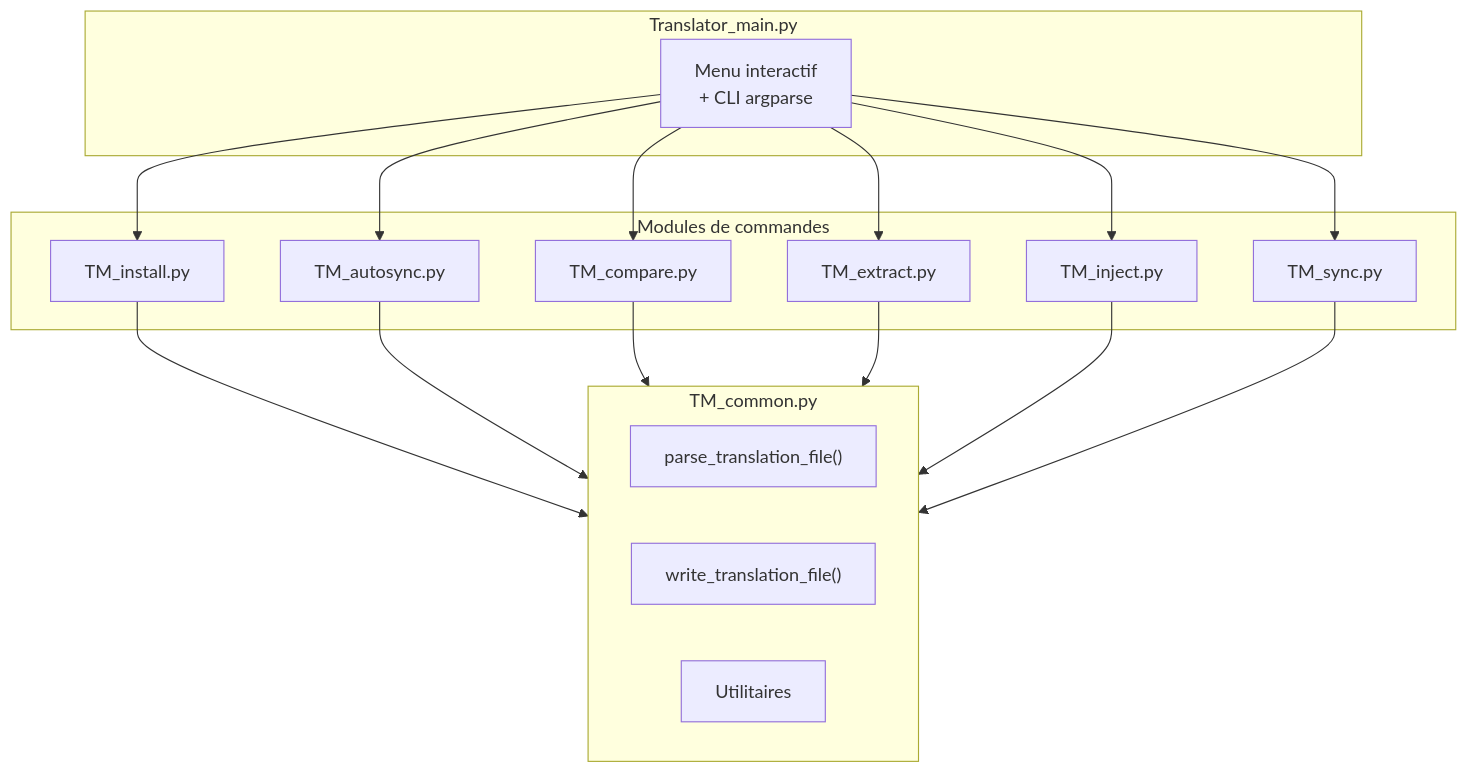
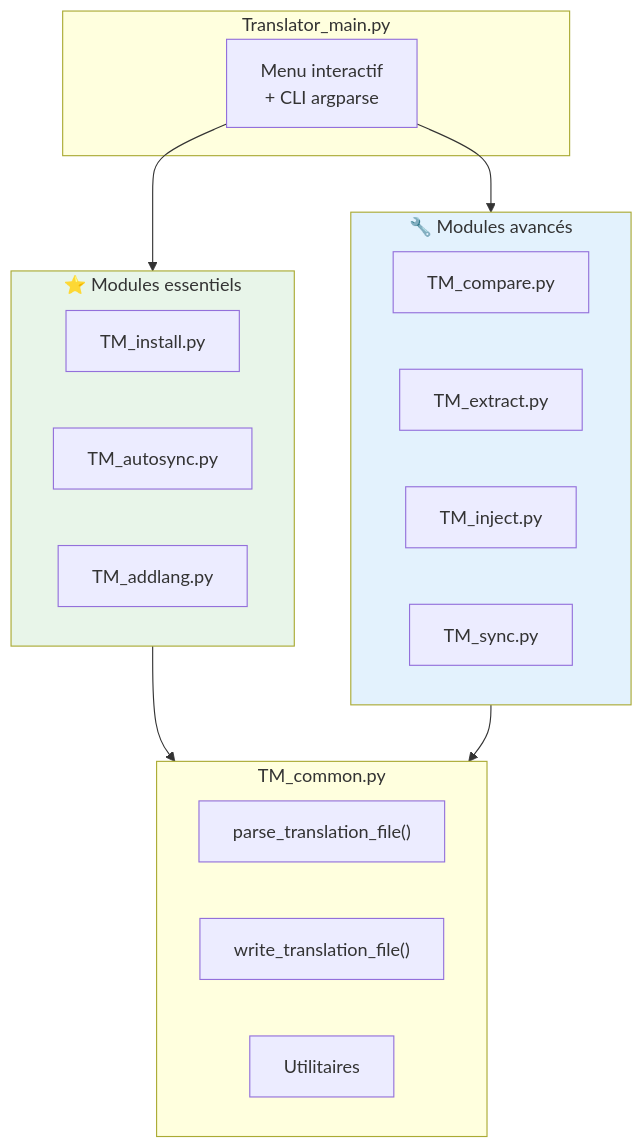
Before and after one commit to Gotcha26/Adobe_Lightroom_Translation_Plugins_Kit: the third of 10 diagrams in 3_Translator/__doc/fr/Lisez-moi.md, drawn with Mermaid.

````diff
--- a/3_Translator/__doc/fr/Lisez-moi.md
+++ b/3_Translator/__doc/fr/Lisez-moi.md
@@ -123,24 +123,32 @@
 ```mermaid
 flowchart TB
     subgraph Main["Translator_main.py"]
         M["Menu interactif<br/>+ CLI argparse"]
     end
 
-    subgraph Modules["Modules de commandes"]
+    subgraph Essential["⭐ Modules essentiels"]
         I["TM_install.py"]
         AS["TM_autosync.py"]
+        AL["TM_addlang.py"]
+    end
+
+    subgraph Advanced["🔧 Modules avancés"]
         CO["TM_compare.py"]
         EX["TM_extract.py"]
         IN["TM_inject.py"]
         SY["TM_sync.py"]
     end
 
     subgraph Common["TM_common.py"]
         P["parse_translation_file()"]
         W["write_translation_file()"]
         U["Utilitaires"]
     end
 
-    M --> I & AS & CO & EX & IN & SY
-    I & AS & CO & EX & IN & SY --> Common
+    M --> Essential & Advanced
+    Essential --> Common
+    Advanced --> Common
+
+    style Essential fill:#E8F5E9
+    style Advanced fill:#E3F2FD
 ```
````
